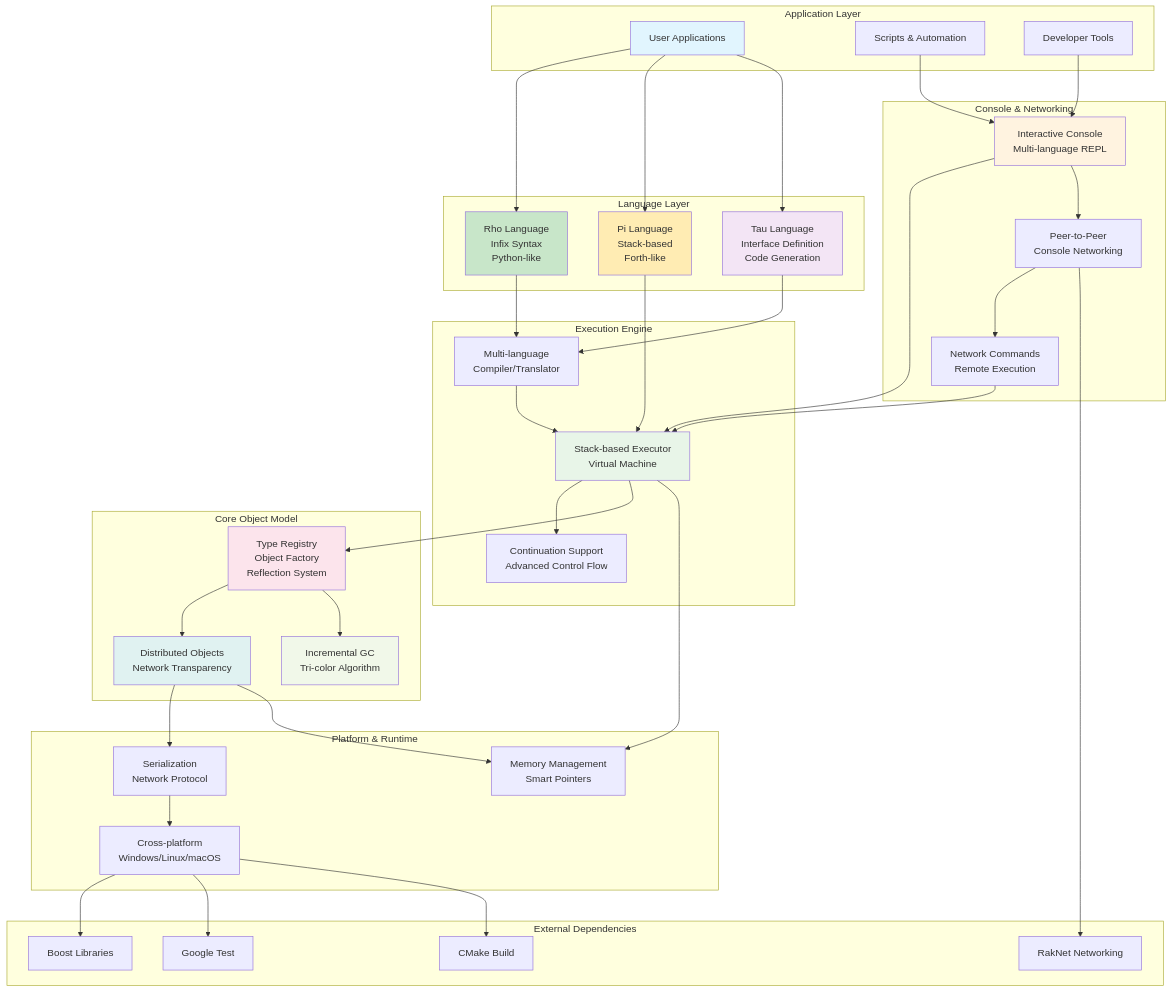
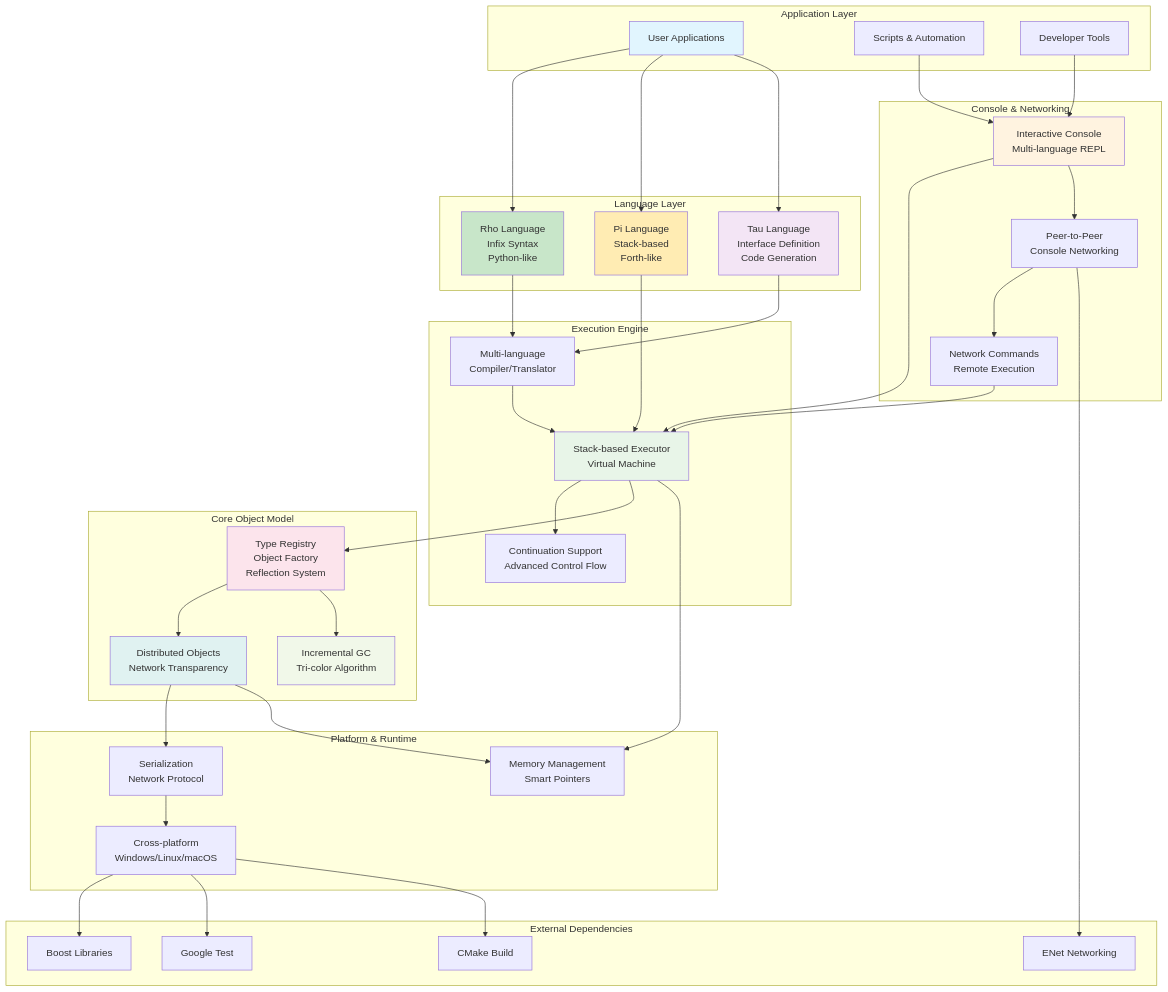
One commit to cschladetsch/CppKAI changed the diagram in README.md. Above: the diagram before and after it, drawn with Mermaid. The commit also changed other lines of this file and 136 other files, not shown here.

Commit message:
Remove RakNet and add ENet transport abstraction

```diff
--- a/README.md
+++ b/README.md
@@ -52,7 +60,7 @@
     
     subgraph "External Dependencies"
         BOOST[Boost Libraries]
-        RAKNET[RakNet Networking]
+        ENET[ENet Networking]
         GTEST[Google Test]
         CMAKE[CMake Build]
     end
@@ -92,7 +100,7 @@
     
     %% External dependencies
     PLATFORM --> BOOST
-    P2P --> RAKNET
+    P2P --> ENET
     PLATFORM --> GTEST
     PLATFORM --> CMAKE
     
```
